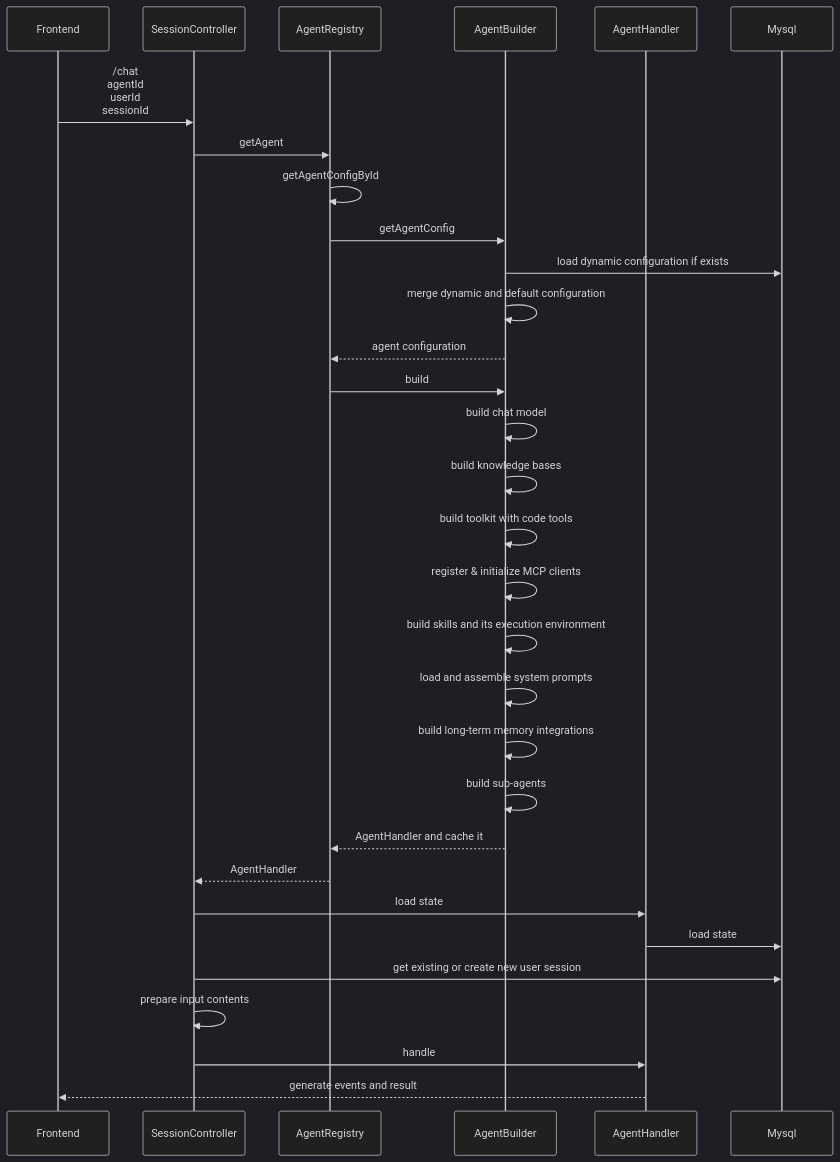
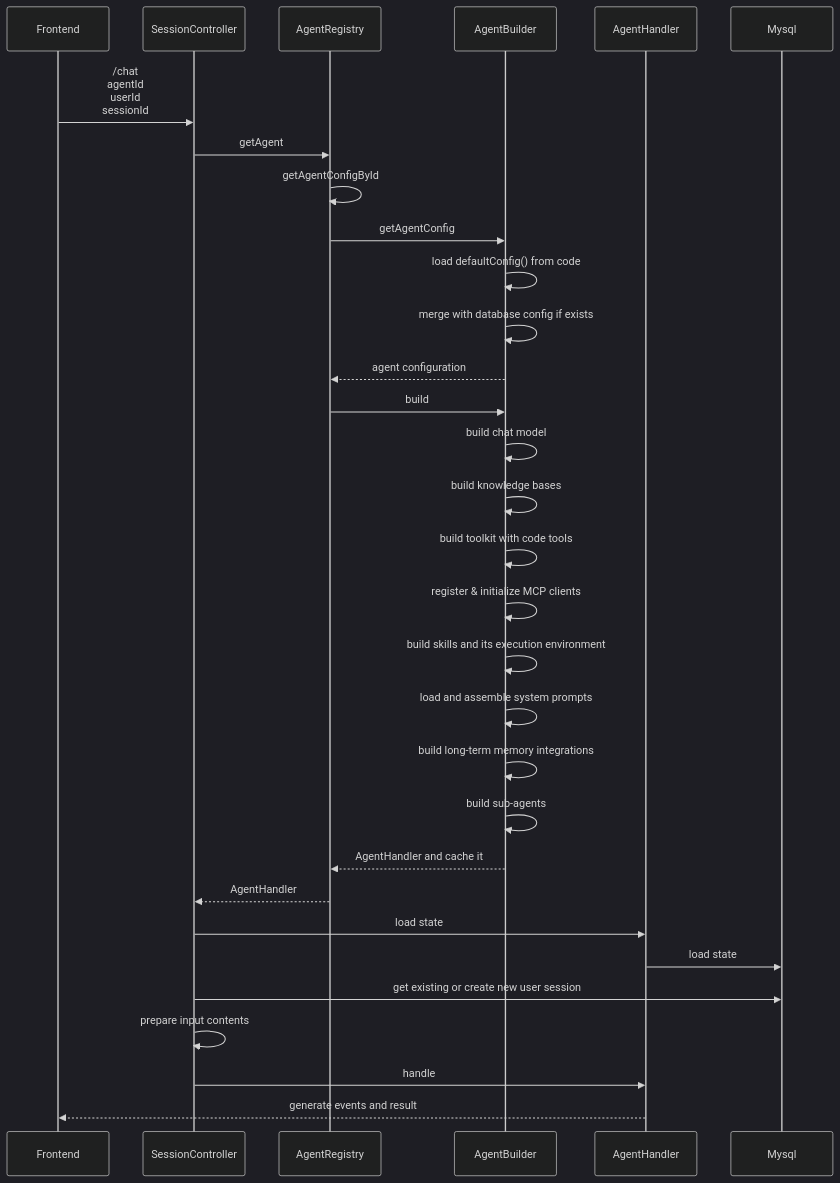
Before and after one commit to alibaba/tron-one-agent: the second of 4 diagrams in docs/zh/develop_guide.md, drawn with Mermaid (dark theme). The commit also changed other lines of this file, not shown here.

````diff
--- a/docs/zh/develop_guide.md
+++ b/docs/zh/develop_guide.md
@@ -50,34 +124,34 @@
 ```mermaid
 sequenceDiagram
     participant Frontend as Frontend
     participant SessionController as SessionController
     participant AgentRegistry as AgentRegistry
     participant AgentBuilder as AgentBuilder
     participant AgentHandler as AgentHandler
     participant Mysql as Mysql
 
     Frontend ->> SessionController: /chat<br/>agentId<br/>userId<br/>sessionId
     SessionController ->> AgentRegistry: getAgent
     AgentRegistry ->> AgentRegistry: getAgentConfigById
     AgentRegistry ->> AgentBuilder: getAgentConfig
-    AgentBuilder ->> Mysql: load dynamic configuration if exists
-    AgentBuilder ->> AgentBuilder: merge dynamic and default configuration
+    AgentBuilder ->> AgentBuilder: load defaultConfig() from code
+    AgentBuilder ->> AgentBuilder: merge with database config if exists
     AgentBuilder -->> AgentRegistry: agent configuration
     AgentRegistry ->> AgentBuilder: build
     AgentBuilder ->> AgentBuilder: build chat model
     AgentBuilder ->> AgentBuilder: build knowledge bases
     AgentBuilder ->> AgentBuilder: build toolkit with code tools
     AgentBuilder ->> AgentBuilder: register & initialize MCP clients
     AgentBuilder ->> AgentBuilder: build skills and its execution environment
     AgentBuilder ->> AgentBuilder: load and assemble system prompts
     AgentBuilder ->> AgentBuilder: build long-term memory integrations
     AgentBuilder ->> AgentBuilder: build sub-agents
     AgentBuilder -->> AgentRegistry: AgentHandler and cache it
     AgentRegistry -->> SessionController: AgentHandler
     SessionController ->> AgentHandler: load state
     AgentHandler ->> Mysql: load state
     SessionController ->> Mysql: get existing or create new user session
     SessionController ->> SessionController: prepare input contents
     SessionController ->> AgentHandler: handle
     AgentHandler -->> Frontend: generate events and result
 ```
````
